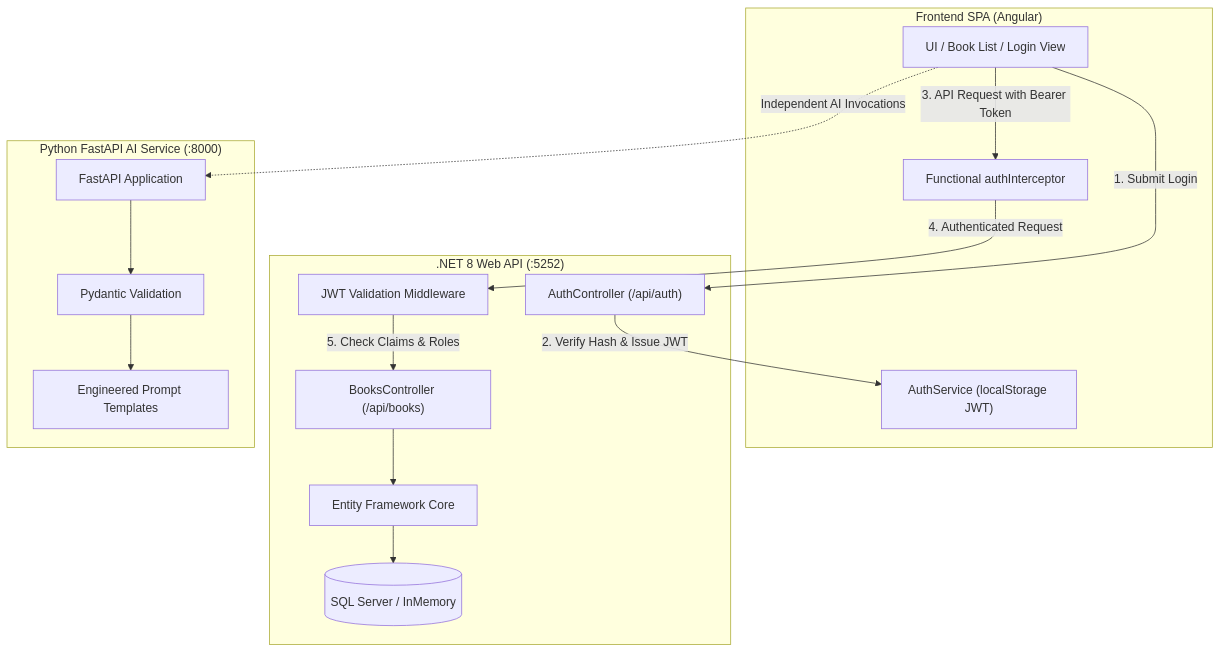
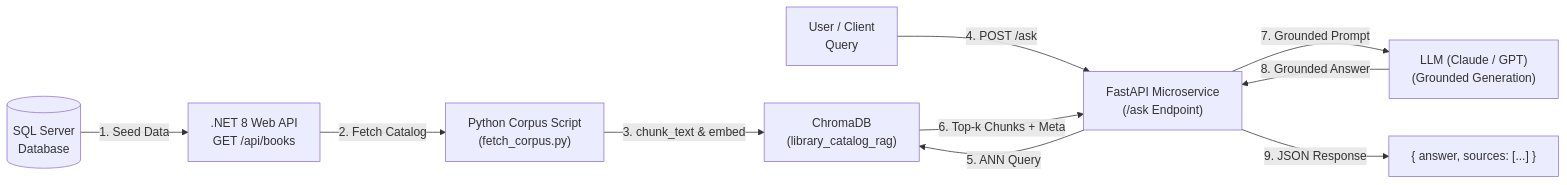
One commit to asiyaibrahim478/Week_5_internship changed the diagram in README.md. Above: the diagram before and after it, drawn with Mermaid. The commit also changed other lines of this file and 9 other files, not shown here.

Commit message:
feat: add /ask endpoint wiring RAG pipeline into FastAPI service

````diff
--- a/README.md
+++ b/README.md
@@ -27,32 +30,13 @@
 ```mermaid
-flowchart TD
-    subgraph Client["Frontend SPA (Angular)"]
-        UI["UI / Book List / Login View"]
-        AuthSvc["AuthService (localStorage JWT)"]
-        Interceptor["Functional authInterceptor"]
-    end
-
-    subgraph BackendAPI[".NET 8 Web API (:5252)"]
-        JwtMiddleware["JWT Validation Middleware"]
-        AuthCtrl["AuthController (/api/auth)"]
-        BooksCtrl["BooksController (/api/books)"]
-        EF["Entity Framework Core"]
-        DB[(SQL Server / InMemory)]
-    end
-
-    subgraph AIService["Python FastAPI AI Service (:8000)"]
-        FastAPIServer["FastAPI Application"]
-        PydanticModels["Pydantic Validation"]
-        PromptEngine["Engineered Prompt Templates"]
-    end
-
-    UI -->|1. Submit Login| AuthCtrl
-    AuthCtrl -->|2. Verify Hash & Issue JWT| AuthSvc
-    UI -->|3. API Request with Bearer Token| Interceptor
-    Interceptor -->|4. Authenticated Request| JwtMiddleware
-    JwtMiddleware -->|5. Check Claims & Roles| BooksCtrl
-    BooksCtrl --> EF --> DB
-
-    UI -.->|Independent AI Invocations| FastAPIServer
-    FastAPIServer --> PydanticModels --> PromptEngine
+flowchart LR
+    DB[(SQL Server\nDatabase)] -->|1. Seed Data| DotNetAPI[".NET 8 Web API\nGET /api/books"]
+    DotNetAPI -->|2. Fetch Catalog| CorpusScript["Python Corpus Script\n(fetch_corpus.py)"]
+    CorpusScript -->|3. chunk_text & embed| VectorStore["ChromaDB\n(library_catalog_rag)"]
+    
+    UserReq["User / Client\nQuery"] -->|4. POST /ask| FastAPIServer["FastAPI Microservice\n(/ask Endpoint)"]
+    FastAPIServer -->|5. ANN Query| VectorStore
+    VectorStore -->|6. Top-k Chunks + Meta| FastAPIServer
+    FastAPIServer -->|7. Grounded Prompt| LLM["LLM (Claude / GPT)\n(Grounded Generation)"]
+    LLM -->|8. Grounded Answer| FastAPIServer
+    FastAPIServer -->|9. JSON Response| ClientResp["{ answer, sources: [...] }"]
 ```
````
